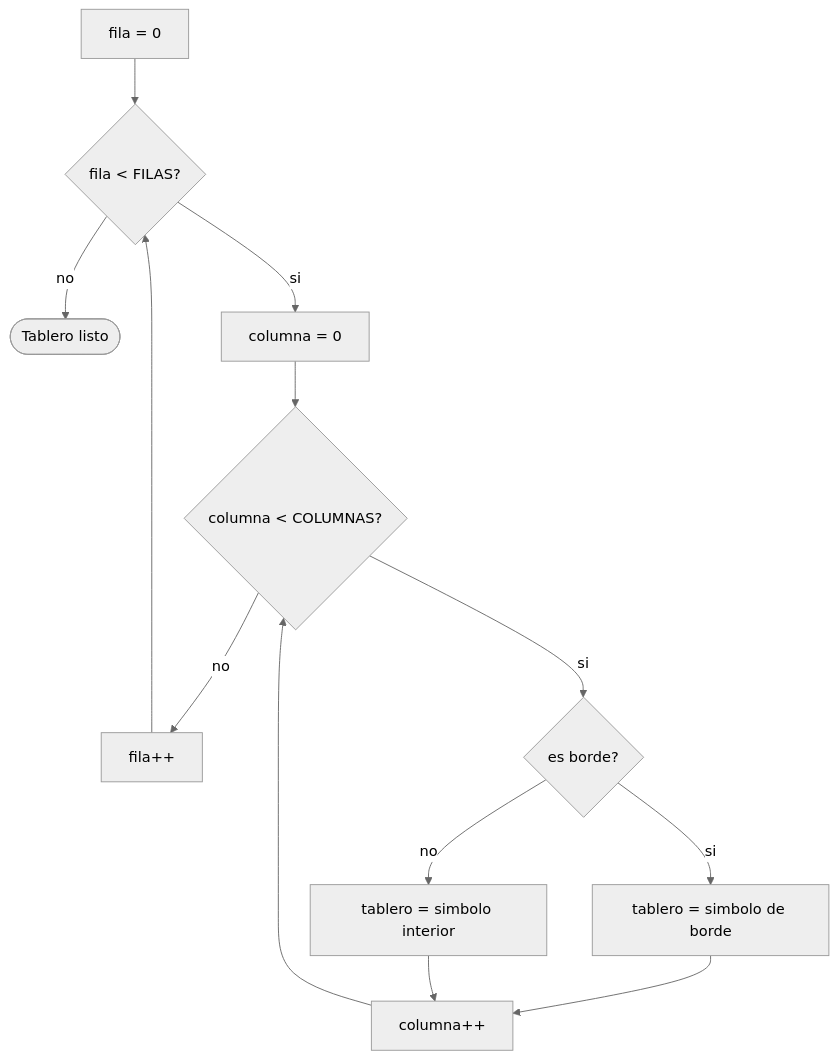
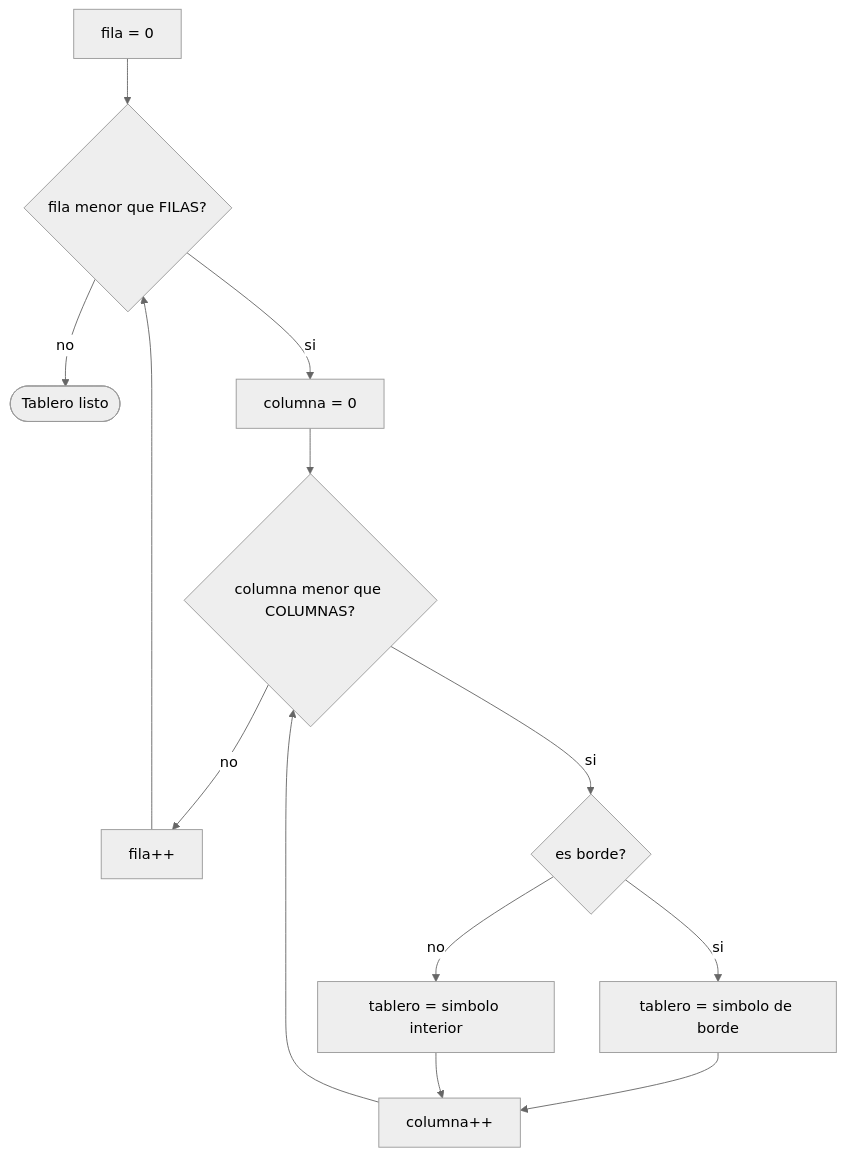
The diagram in GuiaParaConstruirProgramas/Practica1/01_arreglos_bidimensionales_del_tablero/README.md (edpodev/IPC1-2S-2026), drawn with Mermaid (neutral theme) before and after one commit. The commit also changed 16 other files, not shown here.

````diff
--- a/GuiaParaConstruirProgramas/Practica1/01_arreglos_bidimensionales_del_tablero/README.md
+++ b/GuiaParaConstruirProgramas/Practica1/01_arreglos_bidimensionales_del_tablero/README.md
@@ -13,15 +13,15 @@
 ```mermaid
 flowchart TD
-    A[fila = 0] --> B{fila < FILAS?}
-    B -- no --> Fin([Tablero listo])
-    B -- si --> C[columna = 0]
-    C --> D{columna < COLUMNAS?}
-    D -- no --> E[fila++]
+    A["fila = 0"] --> B{"fila menor que FILAS?"}
+    B -- no --> Fin(["Tablero listo"])
+    B -- si --> C["columna = 0"]
+    C --> D{"columna menor que COLUMNAS?"}
+    D -- no --> E["fila++"]
     E --> B
-    D -- si --> F{es borde?}
-    F -- si --> G[tablero = simbolo de borde]
-    F -- no --> H[tablero = simbolo interior]
-    G --> I[columna++]
+    D -- si --> F{"es borde?"}
+    F -- si --> G["tablero = simbolo de borde"]
+    F -- no --> H["tablero = simbolo interior"]
+    G --> I["columna++"]
     H --> I
     I --> D
 ```
````
